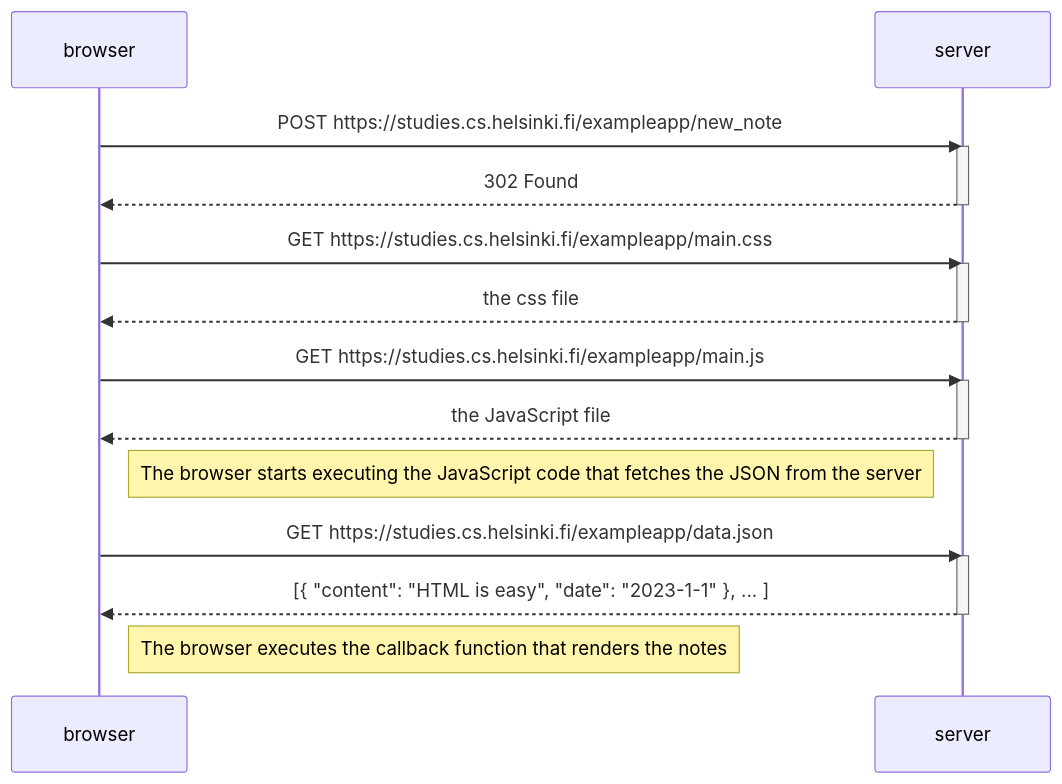
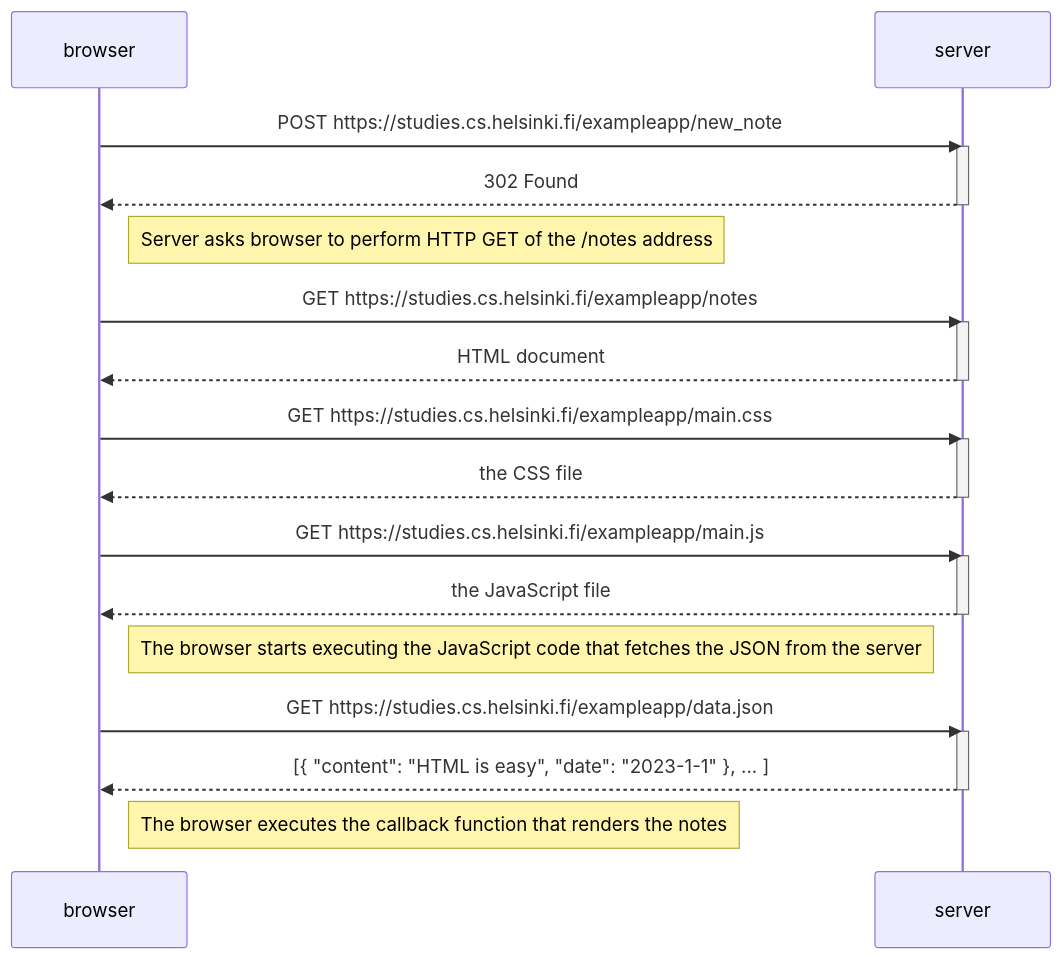
The diagram in part0/0.4.md (MichaelLy766/Full-Stack-Open-Exercises), drawn with Mermaid before and after one commit.

Commit message:
Finished

````diff
--- a/part0/0.4.md
+++ b/part0/0.4.md
@@ -1,29 +1,36 @@
 ```mermaid
 sequenceDiagram
     participant browser
     participant server
 
     browser->>server: POST https://studies.cs.helsinki.fi/exampleapp/new_note
     activate server
     server-->>browser: 302 Found
     deactivate server
 
-    browser->>server: GET https://studies.cs.helsinki.fi/exampleapp/main.css    # redoes get 
+    Note right of browser: Server asks browser to perform HTTP GET of the /notes address
+
+    browser->>server: GET https://studies.cs.helsinki.fi/exampleapp/notes
     activate server
-    server-->>browser: the css file
+    server-->>browser: HTML document
+    deactivate server
+
+    browser->>server: GET https://studies.cs.helsinki.fi/exampleapp/main.css
+    activate server
+    server-->>browser: the CSS file
     deactivate server
 
     browser->>server: GET https://studies.cs.helsinki.fi/exampleapp/main.js
     activate server
     server-->>browser: the JavaScript file
     deactivate server
 
     Note right of browser: The browser starts executing the JavaScript code that fetches the JSON from the server
 
     browser->>server: GET https://studies.cs.helsinki.fi/exampleapp/data.json
     activate server
     server-->>browser: [{ "content": "HTML is easy", "date": "2023-1-1" }, ... ]
     deactivate server
 
     Note right of browser: The browser executes the callback function that renders the notes
 ```
````
